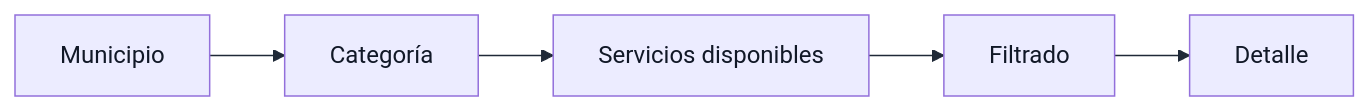
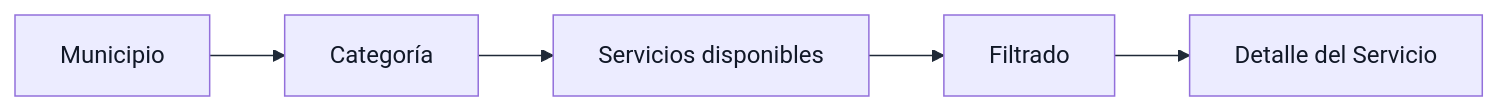
One commit to Darksam03/RuralConecta-ProyectoWeb changed the fifth of 8 diagrams in docs/arquitectura/estructura-frontend.md. Above: the diagram before and after it, drawn with Mermaid. The commit also changed other lines of this file and 4 other files, not shown here.

````diff
--- a/docs/arquitectura/estructura-frontend.md
+++ b/docs/arquitectura/estructura-frontend.md
@@ -478,8 +439,8 @@
 ```mermaid
 %%{init: {'themeVariables': {'textColor':'#111827','primaryTextColor':'#111827','primaryColor':'#eef2f7','primaryBorderColor':'#1f2937','lineColor':'#1f2937','secondaryColor':'#eef2f7','tertiaryColor':'#f3f4f6','edgeLabelBackground':'#ffffff'}}}%%
 flowchart LR
     A["Municipio"] --> B["Categoría"]
     B --> C["Servicios disponibles"]
     C --> D["Filtrado"]
-    D --> E["Detalle"]
+    D --> E["Detalle del Servicio"]
 ```
````
